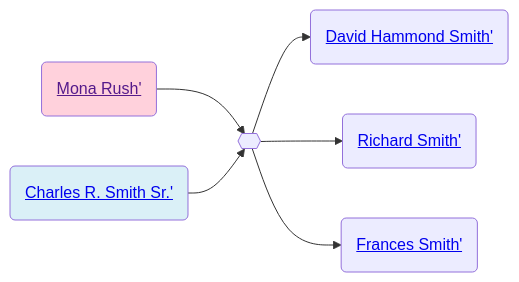
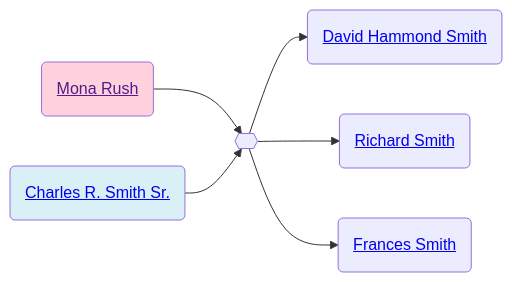
One commit to neelsmith/avocational changed the second of 2 diagrams in familyhistory/sources/people/Rush-line/Mona_Rush.qmd. Above: the diagram before and after it, drawn with Mermaid. The commit also changed other lines of this file and 96 other files, not shown here.

````diff
--- a/familyhistory/sources/people/Rush-line/Mona_Rush.qmd
+++ b/familyhistory/sources/people/Rush-line/Mona_Rush.qmd
@@ -63,20 +63,20 @@
 ```{mermaid}
 graph LR
 %% LR descendant diagram
 class Mona_Rush_and_Charles_R._Smith_Sr. marriage
-Mona_Rush(<a href=''>Mona Rush'</>) --> Mona_Rush_and_Charles_R._Smith_Sr.{{ }}
-Charles_R._Smith_Sr.(<a href='./../Smith-line/Charles_R._Smith_Sr..html'>Charles R. Smith Sr.'</>) --> Mona_Rush_and_Charles_R._Smith_Sr.{{ }}
+Mona_Rush(<a href=''>Mona Rush</a>) --> Mona_Rush_and_Charles_R._Smith_Sr.{{ }}
+Charles_R._Smith_Sr.(<a href='./../Smith-line/Charles_R._Smith_Sr..html'>Charles R. Smith Sr.</a>) --> Mona_Rush_and_Charles_R._Smith_Sr.{{ }}
 class Charles_R._Smith_Sr. father
 class Mona_Rush mother
-Mona_Rush_and_Charles_R._Smith_Sr.{{ }} --> David_Hammond_Smith(<a href='./../Smith-line/David_Hammond_Smith.html'>David Hammond Smith'</>)
+Mona_Rush_and_Charles_R._Smith_Sr.{{ }} --> David_Hammond_Smith(<a href='./../Smith-line/David_Hammond_Smith.html'>David Hammond Smith</a>)
 class Charles_R._Smith_Sr. father
 class Mona_Rush mother
-Mona_Rush_and_Charles_R._Smith_Sr.{{ }} --> Richard_Smith(<a href='./../Smith-line/Richard_Smith.html'>Richard Smith'</>)
+Mona_Rush_and_Charles_R._Smith_Sr.{{ }} --> Richard_Smith(<a href='./../Smith-line/Richard_Smith.html'>Richard Smith</a>)
 class Charles_R._Smith_Sr. father
 class Mona_Rush mother
-Mona_Rush_and_Charles_R._Smith_Sr.{{ }} --> Frances_Smith(<a href='./../Smith-line/Frances_Smith.html'>Frances Smith'</>)
+Mona_Rush_and_Charles_R._Smith_Sr.{{ }} --> Frances_Smith(<a href='./../Smith-line/Frances_Smith.html'>Frances Smith</a>)
 classDef mother fill:#ffd1dc
 classDef father fill:#daf0f7  
 classDef marriage fill:#ffffff
 
 ```
````
